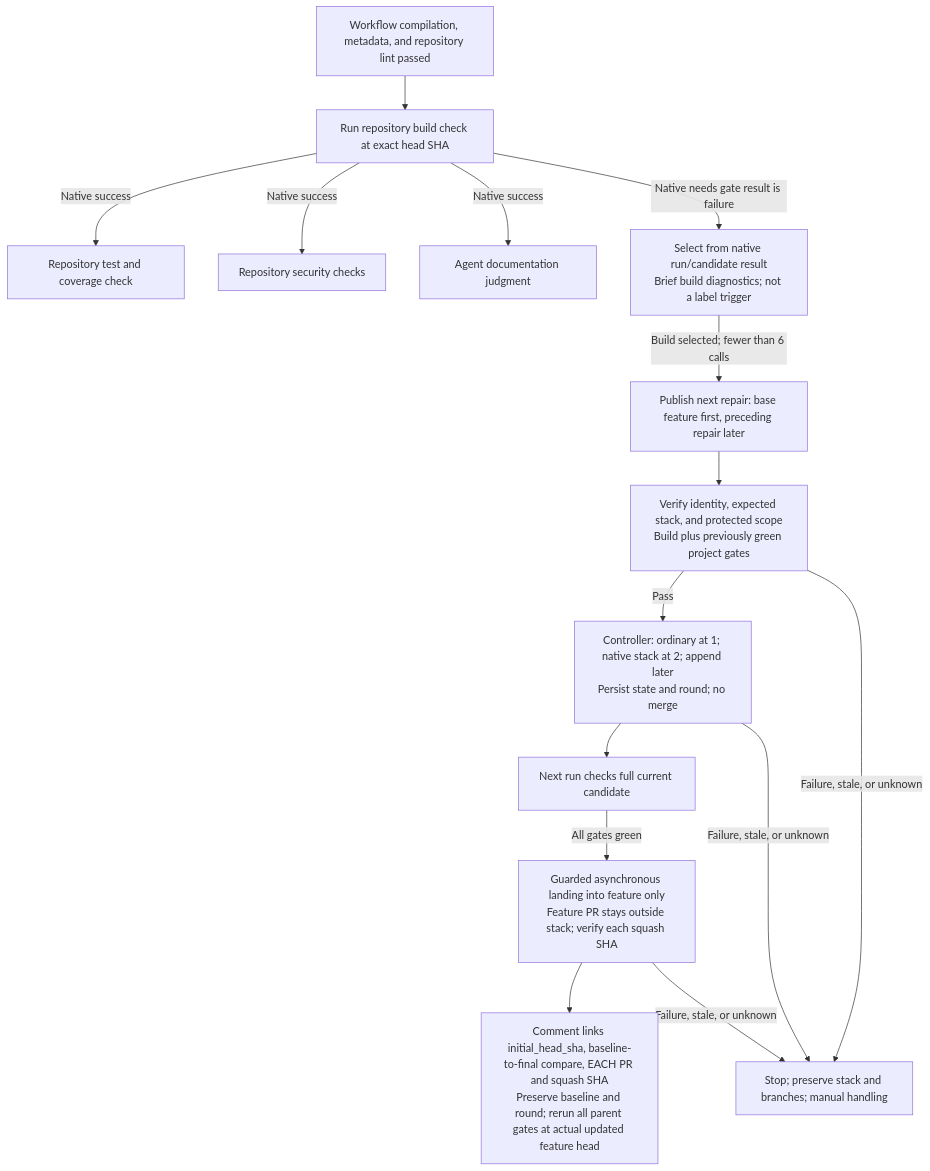
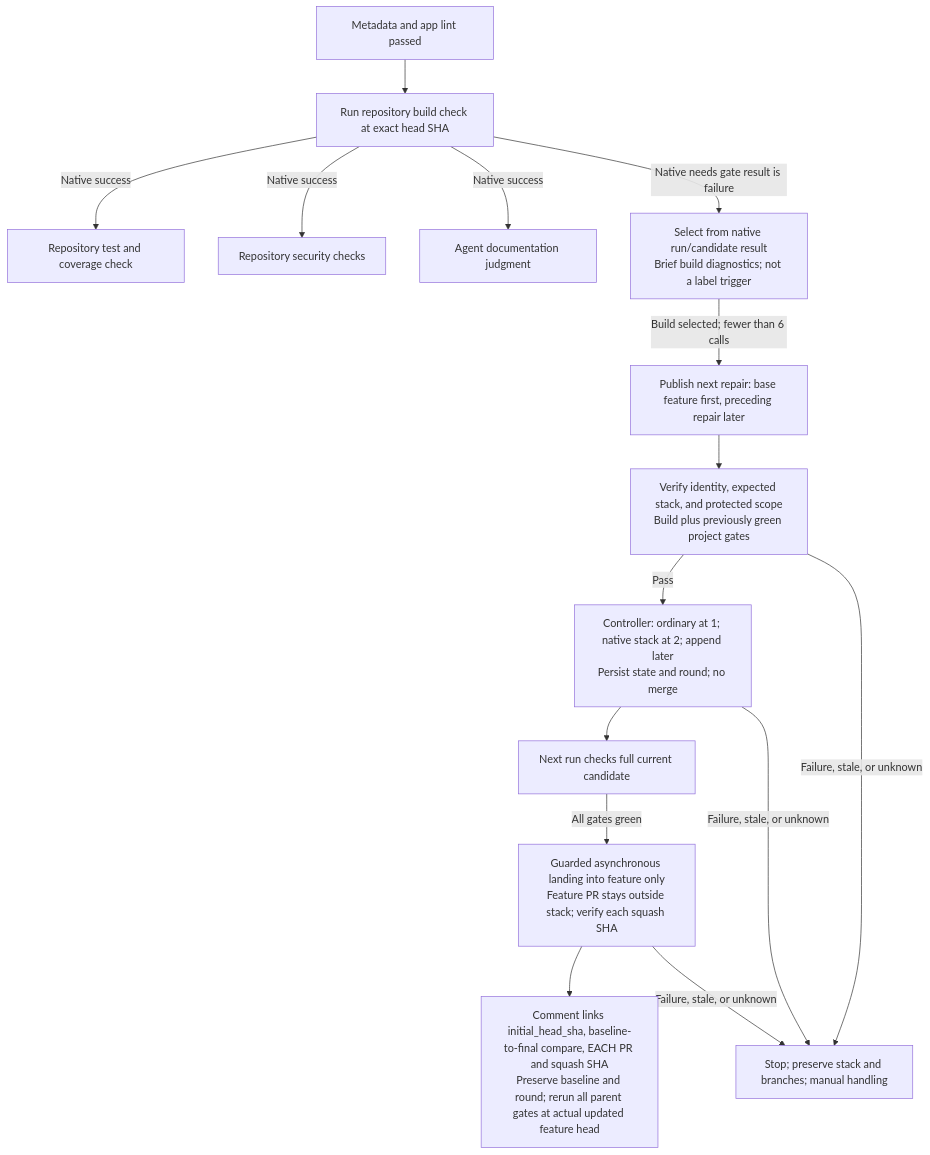
Before and after one commit to SitoaderOrg/ForgeFlow: the diagram in docs/pr-build.md, drawn with Mermaid. The commit also changed other lines of this file and 23 other files, not shown here.

````diff
--- a/docs/pr-build.md
+++ b/docs/pr-build.md
@@ -8,15 +8,15 @@
 ```mermaid
 flowchart TD
-    Lint["Workflow compilation, metadata, and repository lint passed"] --> Build["Run repository build check at exact head SHA"]
+    Lint["Metadata and app lint passed"] --> Build["Run repository build check at exact head SHA"]
     Build -->|Native success| Tests["Repository test and coverage check"]
     Build -->|Native success| Security["Repository security checks"]
     Build -->|Native success| Docs["Agent documentation judgment"]
     Build -->|"Native needs gate result is failure"| Findings["Select from native run/candidate result<br/>Brief build diagnostics; not a label trigger"]
     Findings -->|"Build selected; fewer than 6 calls"| Repair["Publish next repair: base feature first, preceding repair later"]
     Repair --> Scoped["Verify identity, expected stack, and protected scope<br/>Build plus previously green project gates"]
     Scoped -->|Pass| Register["Controller: ordinary at 1; native stack at 2; append later<br/>Persist state and round; no merge"]
     Register --> Candidate["Next run checks full current candidate"]
     Candidate -->|All gates green| Land["Guarded asynchronous landing into feature only<br/>Feature PR stays outside stack; verify each squash SHA"]
     Land --> Recheck["Comment links initial_head_sha, baseline-to-final compare, EACH PR and squash SHA<br/>Preserve baseline and round; rerun all parent gates at actual updated feature head"]
     Scoped & Register & Land -->|"Failure, stale, or unknown"| Stop["Stop; preserve stack and branches; manual handling"]
 ```
````
